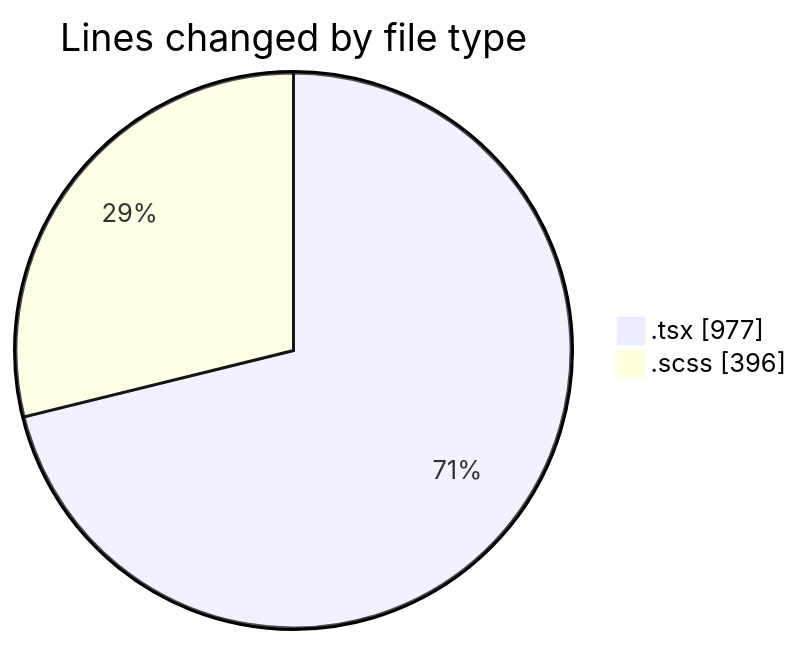
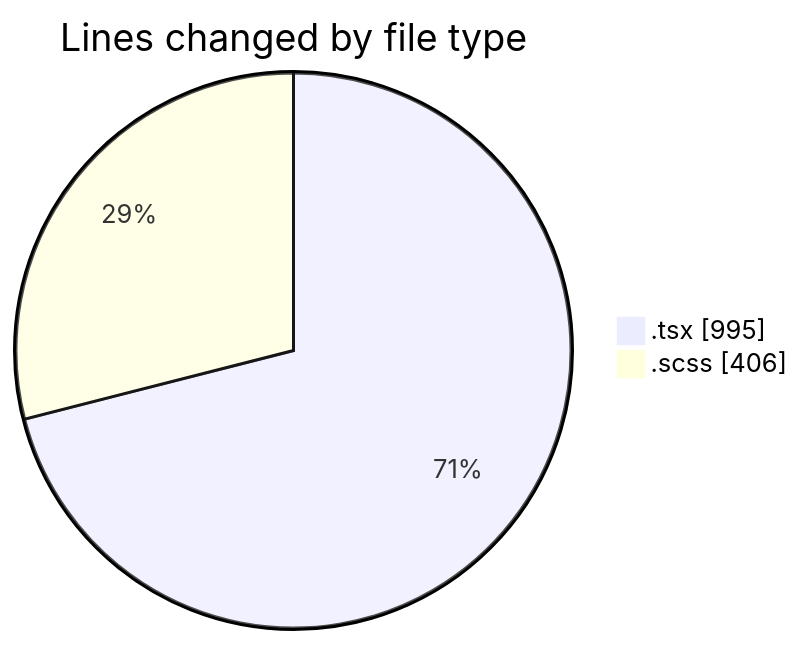
Before and after one commit to momahboobian/code-tracking: the first of 2 diagrams in 2025-04-10/cda/README.md, drawn with Mermaid. The commit also changed other lines of this file and 1 other file, not shown here.

````diff
--- a/2025-04-10/cda/README.md
+++ b/2025-04-10/cda/README.md
@@ -23,6 +23,6 @@
 ```mermaid
 pie showData
 title Lines changed by file type
-".tsx" : 977
-".scss" : 396
+".tsx" : 995
+".scss" : 406
 ```
````
